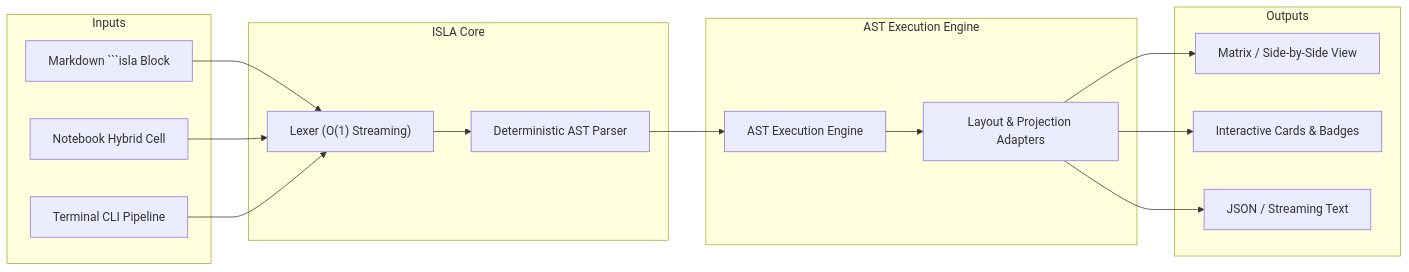
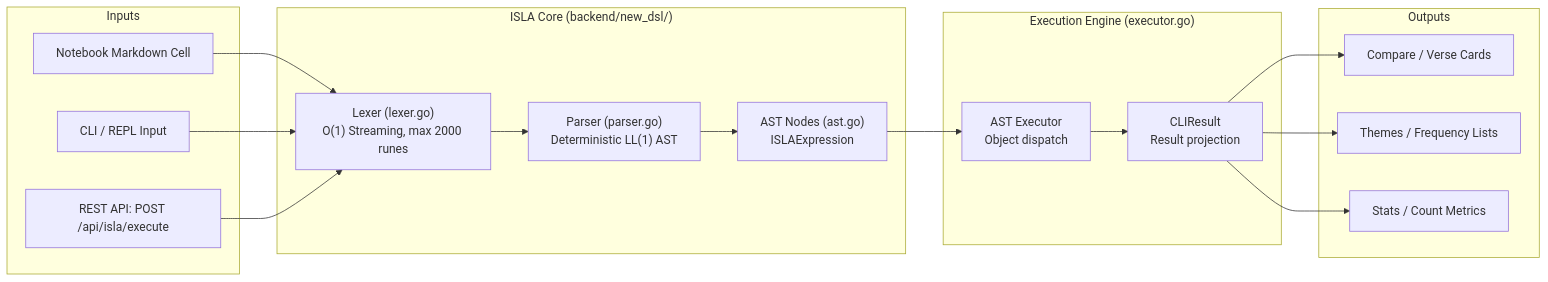
One commit to mvirtai/clible-v3-go changed the first of 3 diagrams in docs/architecture/isla-specification.md. Above: the diagram before and after it, drawn with Mermaid. The commit also changed other lines of this file and 70 other files, not shown here.

````diff
--- a/docs/architecture/isla-specification.md
+++ b/docs/architecture/isla-specification.md
@@ -17,36 +21,38 @@
 ```mermaid
 graph LR
     subgraph Inputs
-        MD["Markdown ```isla Block"]
-        CELL["Notebook Hybrid Cell"]
-        CLI["Terminal CLI Pipeline"]
+        MD["Notebook Markdown Cell"]
+        CELL["CLI / REPL Input"]
+        API["REST API: POST /api/isla/execute"]
     end
 
-    subgraph "ISLA Core"
-        LEX["Lexer (O(1) Streaming)"]
-        PARSE["Deterministic AST Parser"]
+    subgraph "ISLA Core (backend/new_dsl/)"
+        LEX["Lexer (lexer.go)\nO(1) Streaming, max 2000 runes"]
+        PARSE["Parser (parser.go)\nDeterministic LL(1) AST"]
+        AST["AST Nodes (ast.go)\nISLAExpression"]
     end
 
-    subgraph "AST Execution Engine"
-        EXEC["AST Execution Engine"]
-        ADAPT["Layout & Projection Adapters"]
+    subgraph "Execution Engine (executor.go)"
+        EXEC["AST Executor\nObject dispatch"]
+        ADAPT["CLIResult\nResult projection"]
     end
 
     subgraph Outputs
-        VIEW_M["Matrix / Side-by-Side View"]
-        VIEW_C["Interactive Cards & Badges"]
-        VIEW_T["JSON / Streaming Text"]
+        VIEW_C["Compare / Verse Cards"]
+        VIEW_T["Themes / Frequency Lists"]
+        VIEW_S["Stats / Count Metrics"]
     end
 
     MD --> LEX
     CELL --> LEX
-    CLI --> LEX
+    API --> LEX
 
     LEX --> PARSE
-    PARSE --> EXEC
+    PARSE --> AST
+    AST --> EXEC
     EXEC --> ADAPT
 
-    ADAPT --> VIEW_M
     ADAPT --> VIEW_C
     ADAPT --> VIEW_T
+    ADAPT --> VIEW_S
 ```
````
